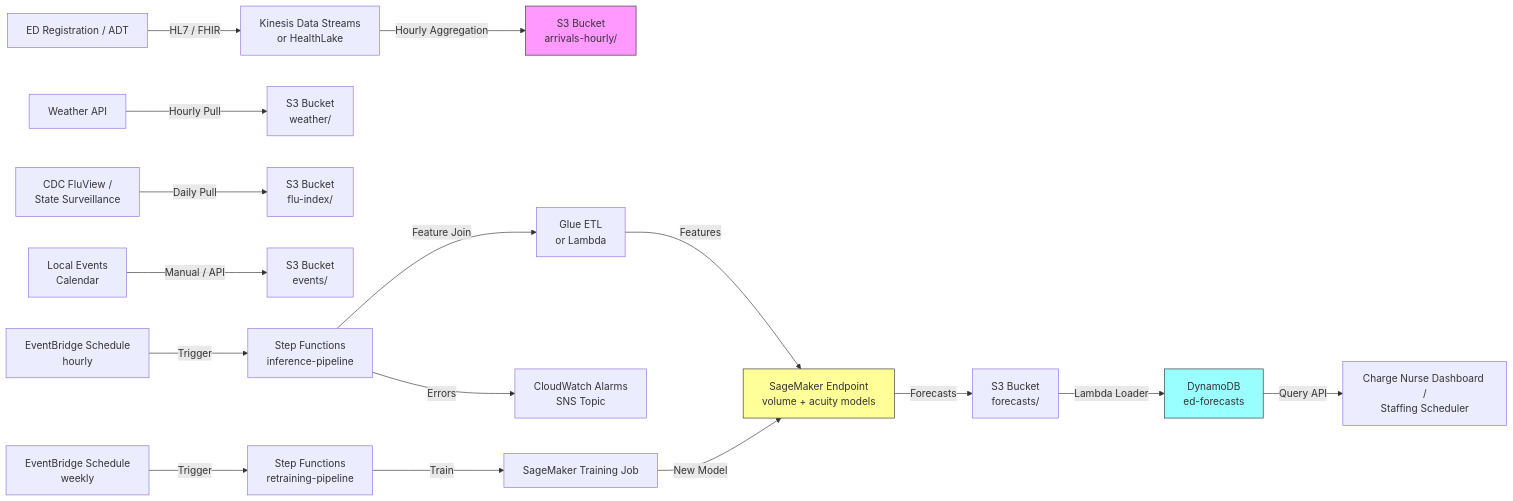
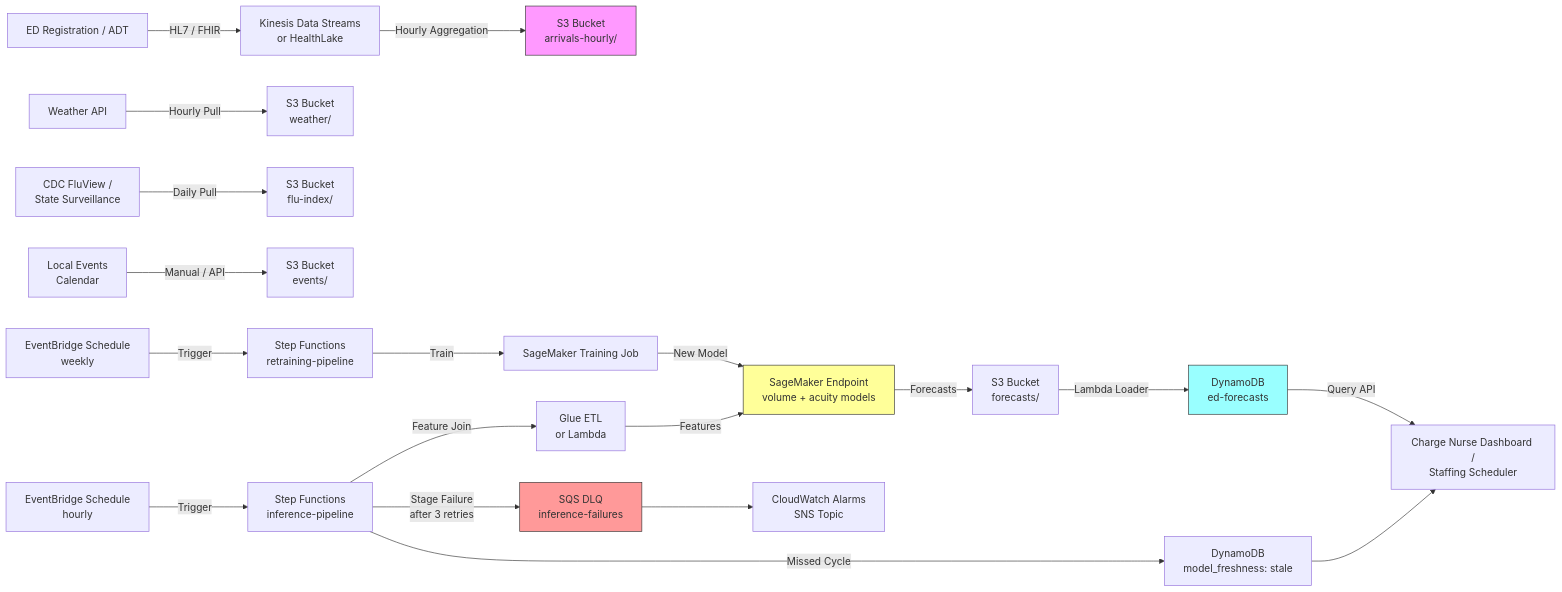
The diagram in chapter12.03-architecture.md (ccrngd1/HCLS-ai-book), drawn with Mermaid before and after one commit. The commit also changed other lines of this file and 3 other files, not shown here.

````diff
--- a/chapter12.03-architecture.md
+++ b/chapter12.03-architecture.md
@@ -31,22 +31,26 @@
 ```mermaid
 flowchart LR
     A[ED Registration / ADT] -->|HL7 / FHIR| B[Kinesis Data Streams<br/>or HealthLake]
     B -->|Hourly Aggregation| C[S3 Bucket<br/>arrivals-hourly/]
     W[Weather API] -->|Hourly Pull| D[S3 Bucket<br/>weather/]
     F[CDC FluView /<br/>State Surveillance] -->|Daily Pull| E[S3 Bucket<br/>flu-index/]
     EV[Local Events<br/>Calendar] -->|Manual / API| G[S3 Bucket<br/>events/]
     H[EventBridge Schedule<br/>hourly] -->|Trigger| I[Step Functions<br/>inference-pipeline]
     I -->|Feature Join| J[Glue ETL<br/>or Lambda]
     J -->|Features| K[SageMaker Endpoint<br/>volume + acuity models]
     K -->|Forecasts| L[S3 Bucket<br/>forecasts/]
     L -->|Lambda Loader| M[DynamoDB<br/>ed-forecasts]
     M -->|Query API| N[Charge Nurse Dashboard /<br/>Staffing Scheduler]
     R[EventBridge Schedule<br/>weekly] -->|Trigger| S[Step Functions<br/>retraining-pipeline]
     S -->|Train| T[SageMaker Training Job]
     T -->|New Model| K
-    I -->|Errors| Z[CloudWatch Alarms<br/>SNS Topic]
+    I -->|Stage Failure<br/>after 3 retries| DLQ[SQS DLQ<br/>inference-failures]
+    I -->|Missed Cycle| STALE[DynamoDB<br/>model_freshness: stale]
+    DLQ --> Z[CloudWatch Alarms<br/>SNS Topic]
+    STALE --> N
 
     style C fill:#f9f,stroke:#333
     style K fill:#ff9,stroke:#333
     style M fill:#9ff,stroke:#333
+    style DLQ fill:#f99,stroke:#333
 ```
````
